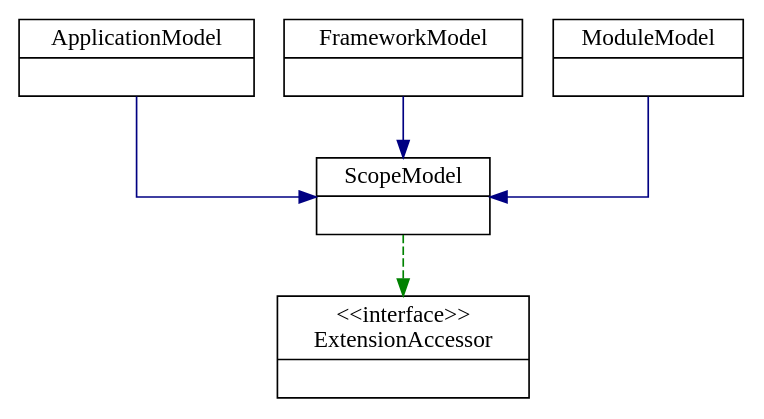
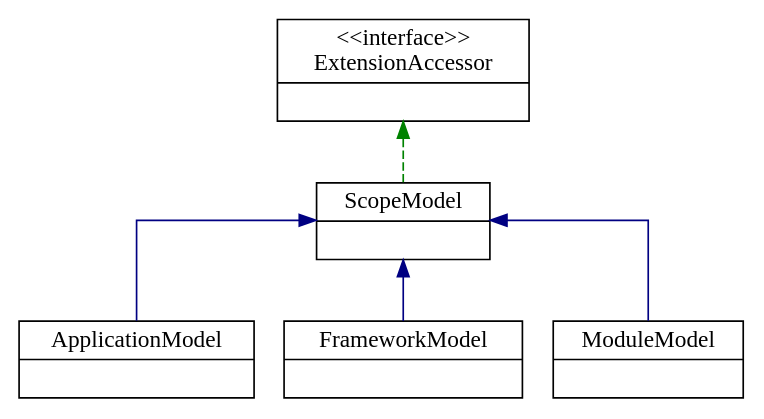
Before and after one commit to Robinpig/Note: the diagram in docs/CS/Framework/Dubbo/Dubbo.md, drawn with Graphviz.

````diff
--- a/docs/CS/Framework/Dubbo/Dubbo.md
+++ b/docs/CS/Framework/Dubbo/Dubbo.md
@@ -274,25 +274,25 @@
 ```dot
 digraph "ScopeModel" {
 
-rankdir=“BT”
+rankdir="BT"
 
 splines  = ortho;
 fontname = "Inconsolata";
 
 node [colorscheme = ylgnbu4];
 edge [colorscheme = dark28, dir = both];
 
 ApplicationModel  [shape = record, label = "{ ApplicationModel |  }"];
 ExtensionAccessor [shape = record, label = "{ \<\<interface\>\>\nExtensionAccessor |  }"];
 FrameworkModel    [shape = record, label = "{ FrameworkModel |  }"];
 ModuleModel       [shape = record, label = "{ ModuleModel |  }"];
 ScopeModel        [shape = record, label = "{ ScopeModel |  }"];
 
 ApplicationModel  -> ScopeModel        [color = "#000082", style = solid , arrowtail = none    , arrowhead = normal  , taillabel = "", label = "", headlabel = ""];
 FrameworkModel    -> ScopeModel        [color = "#000082", style = solid , arrowtail = none    , arrowhead = normal  , taillabel = "", label = "", headlabel = ""];
 ModuleModel       -> ScopeModel        [color = "#000082", style = solid , arrowtail = none    , arrowhead = normal  , taillabel = "", label = "", headlabel = ""];
 ScopeModel        -> ExtensionAccessor [color = "#008200", style = dashed, arrowtail = none    , arrowhead = normal  , taillabel = "", label = "", headlabel = ""];
 
 }
 
 ```
````
